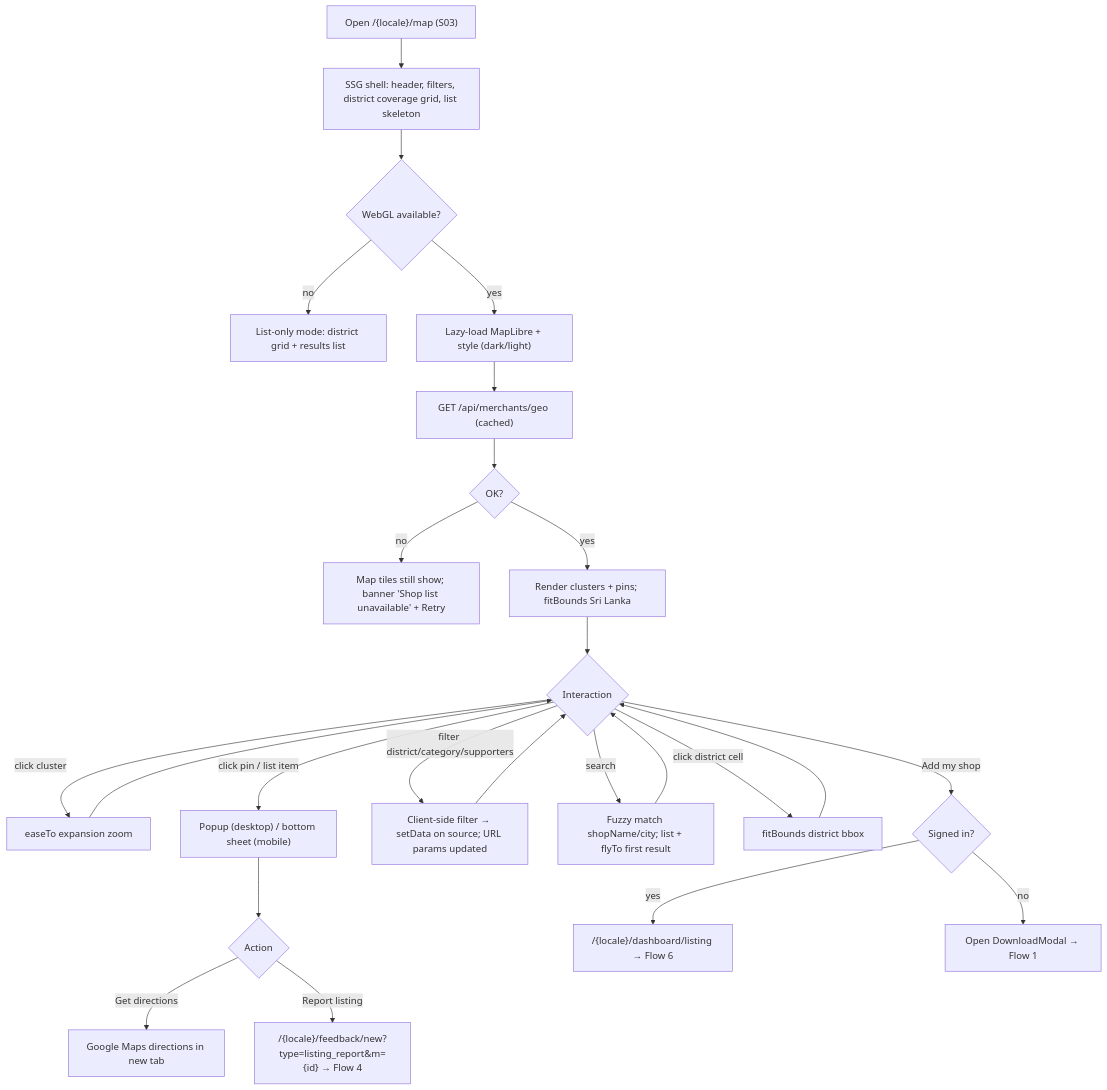
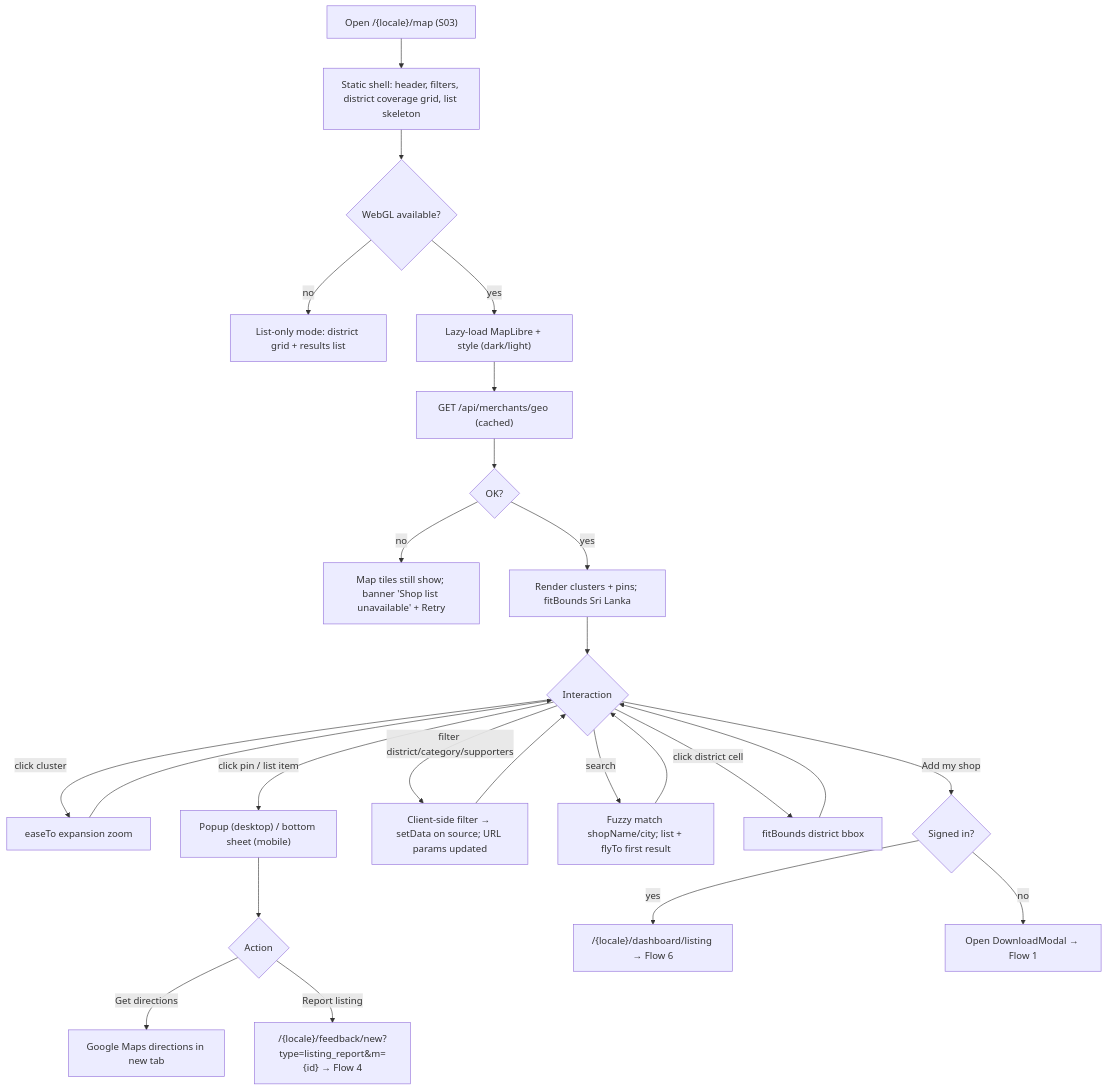
The second of 7 diagrams in docs/04-APP_FLOW.md (ceybyte/CeyByte.com), drawn with Mermaid before and after one commit. The commit also changed other lines of this file and 3 other files, not shown here.

First line of the commit message:
docs(free): align PRD, flows, schema, copy with static + API stack

````diff
--- a/docs/04-APP_FLOW.md
+++ b/docs/04-APP_FLOW.md
@@ -112,23 +112,23 @@
 ```mermaid
 flowchart TD
-  A["Open /{locale}/map (S03)"] --> B["SSG shell: header, filters, district coverage grid, list skeleton"]
+  A["Open /{locale}/map (S03)"] --> B["Static shell: header, filters, district coverage grid, list skeleton"]
   B --> C{"WebGL available?"}
   C -- no --> D["List-only mode: district grid + results list"]
   C -- yes --> E["Lazy-load MapLibre + style (dark/light)"]
   E --> F["GET /api/merchants/geo (cached)"]
   F --> G{"OK?"}
   G -- no --> H["Map tiles still show; banner 'Shop list unavailable' + Retry"]
   G -- yes --> I["Render clusters + pins; fitBounds Sri Lanka"]
   I --> J{"Interaction"}
   J -- "click cluster" --> K["easeTo expansion zoom"] --> J
   J -- "click pin / list item" --> L["Popup (desktop) / bottom sheet (mobile)"]
   L --> M{"Action"}
   M -- "Get directions" --> N["Google Maps directions in new tab"]
   M -- "Report listing" --> O["/{locale}/feedback/new?type=listing_report&m={id} → Flow 4"]
   J -- "filter district/category/supporters" --> P["Client-side filter → setData on source; URL params updated"] --> J
   J -- "search" --> Q["Fuzzy match shopName/city; list + flyTo first result"] --> J
   J -- "click district cell" --> R["fitBounds district bbox"] --> J
   J -- "Add my shop" --> S{"Signed in?"}
   S -- yes --> T["/{locale}/dashboard/listing → Flow 6"]
   S -- no --> U["Open DownloadModal → Flow 1"]
 ```
````
